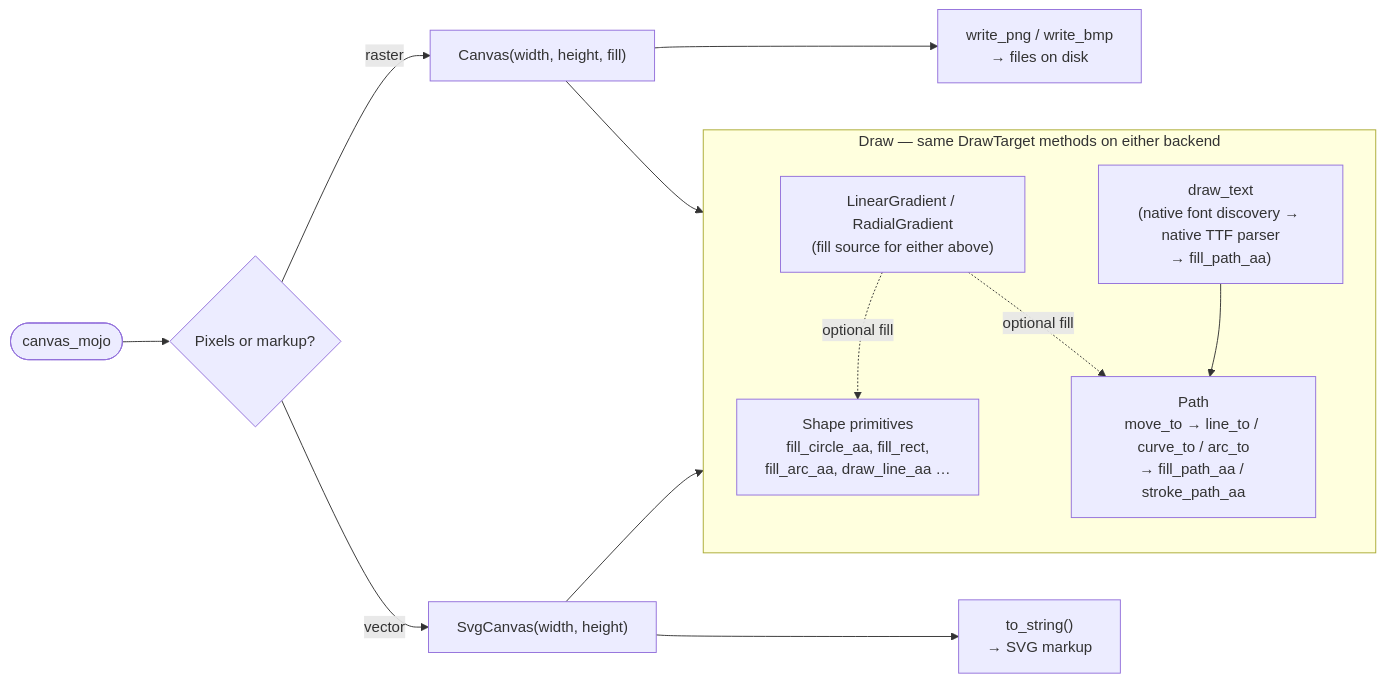
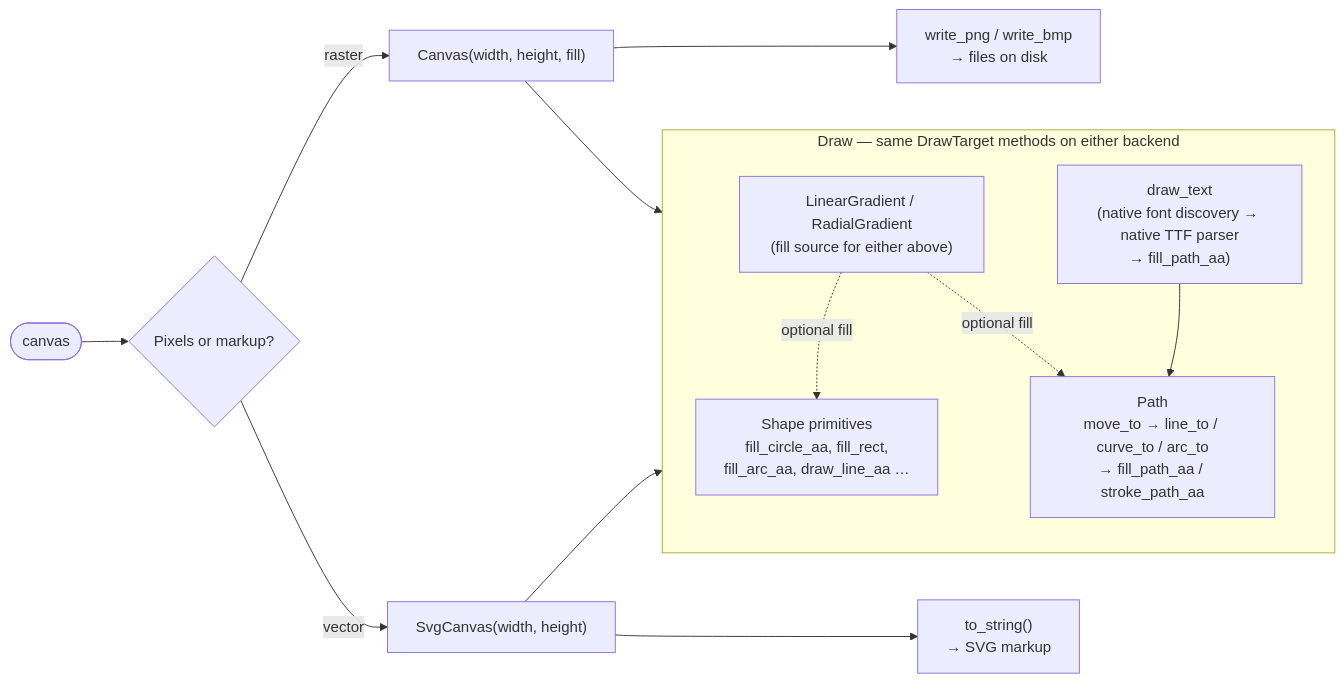
One commit to randyzwitch/canvas_mojo changed the diagram in README.md. Above: the diagram before and after it, drawn with Mermaid. The commit also changed other lines of this file and 80 other files, not shown here.

First line of the commit message:
refactor: rename internal package from canvas_mojo to canvas

````diff
--- a/README.md
+++ b/README.md
@@ -66,25 +66,25 @@
 ```mermaid
 flowchart LR
-    Start(["canvas_mojo"]) --> Pick{"Pixels or markup?"}
+    Start(["canvas"]) --> Pick{"Pixels or markup?"}
 
     Pick -->|"raster"| Canvas["Canvas(width, height, fill)"]
     Pick -->|"vector"| Svg["SvgCanvas(width, height)"]
 
     Canvas --> Draw
     Svg --> Draw
 
     subgraph Draw["Draw — same DrawTarget methods on either backend"]
         direction TB
         Prim["Shape primitives<br/>fill_circle_aa, fill_rect,<br/>fill_arc_aa, draw_line_aa …"]
         PathAPI["Path<br/>move_to → line_to / curve_to / arc_to<br/>→ fill_path_aa / stroke_path_aa"]
         Text["draw_text<br/>(native font discovery → native TTF parser<br/>→ fill_path_aa)"]
         Grad["LinearGradient / RadialGradient<br/>(fill source for either above)"]
 
         Text --> PathAPI
         Grad -.->|"optional fill"| Prim
         Grad -.->|"optional fill"| PathAPI
     end
 
     Canvas --> Png["write_png / write_bmp<br/>→ files on disk"]
     Svg --> Str["to_string()<br/>→ SVG markup"]
 ```
````
